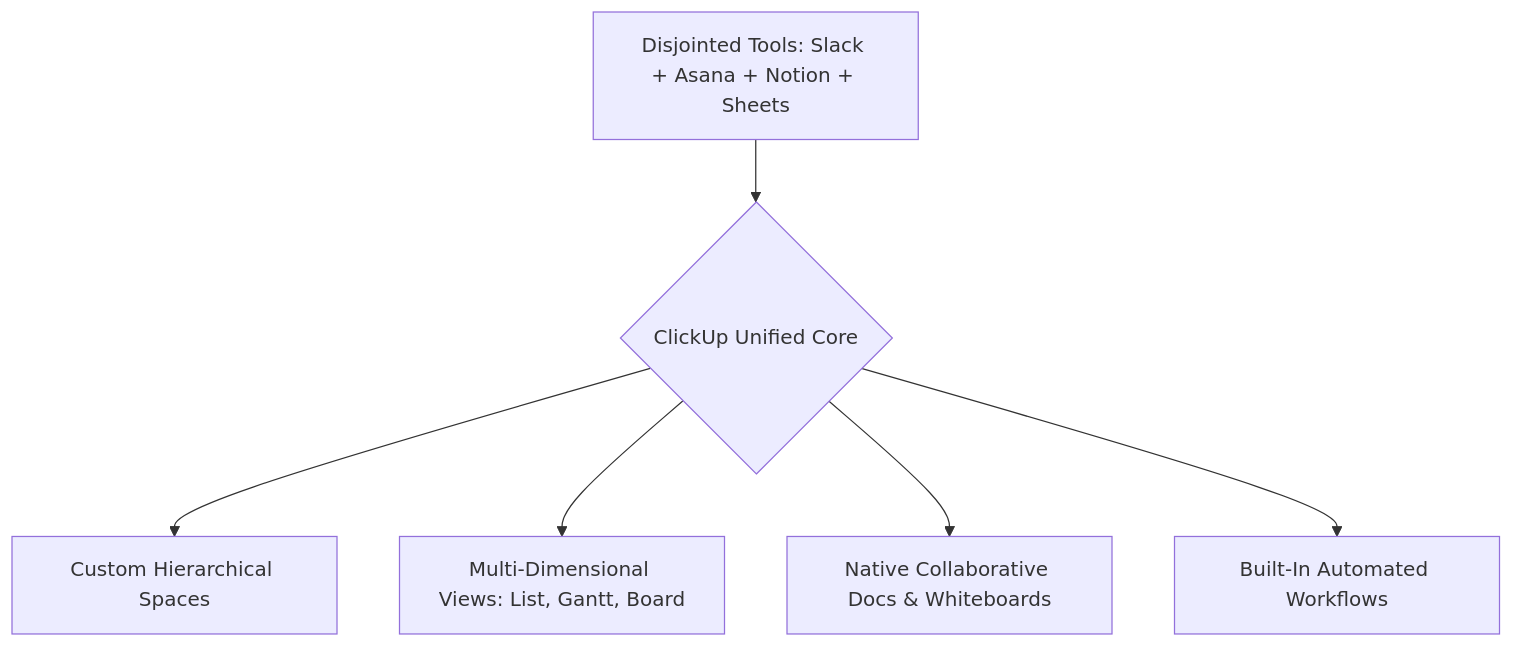
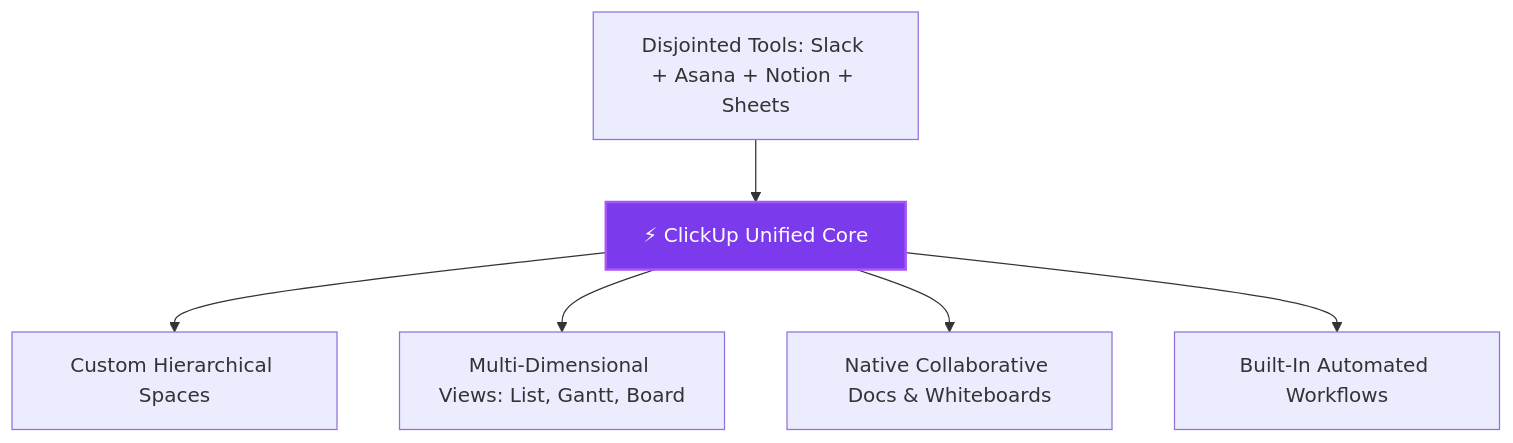
The diagram in site/src/content/blog/clickup-evolution-guide-2026.md (heliatech-media/saas-radar), drawn with Mermaid before and after one commit. The commit also changed 26 other files, not shown here.

````diff
--- a/site/src/content/blog/clickup-evolution-guide-2026.md
+++ b/site/src/content/blog/clickup-evolution-guide-2026.md
@@ -51,8 +51,9 @@
 ```mermaid
 flowchart TD
-    A[Disjointed Tools: Slack + Asana + Notion + Sheets] --> B{ClickUp Unified Core}
-    B --> C[Custom Hierarchical Spaces]
-    B --> D[Multi-Dimensional Views: List, Gantt, Board]
-    B --> E[Native Collaborative Docs & Whiteboards]
-    B --> F[Built-In Automated Workflows]
+    A["Disjointed Tools: Slack + Asana + Notion + Sheets"] --> B["⚡ ClickUp Unified Core"]
+    B --> C["Custom Hierarchical Spaces"]
+    B --> D["Multi-Dimensional Views: List, Gantt, Board"]
+    B --> E["Native Collaborative Docs & Whiteboards"]
+    B --> F["Built-In Automated Workflows"]
+    style B fill:#7c3aed,stroke:#a855f7,stroke-width:2px,color:#ffffff
 ```
````
